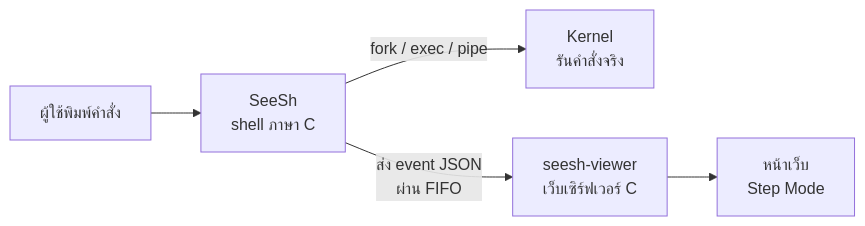
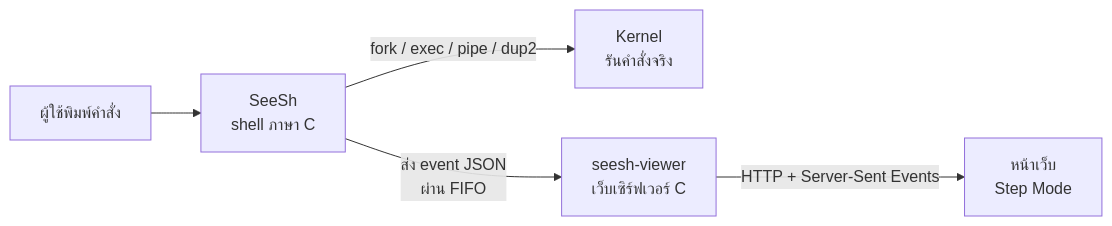
Before and after one commit to Arnat-Aree/seesh: the diagram in docs/plan.md, drawn with Mermaid. The commit also changed other lines of this file and 2 other files, not shown here.

````diff
--- a/docs/plan.md
+++ b/docs/plan.md
@@ -48,7 +50,7 @@
 ```mermaid
 flowchart LR
     U[ผู้ใช้พิมพ์คำสั่ง] --> S[SeeSh<br/>shell ภาษา C]
-    S -->|fork / exec / pipe| K[Kernel<br/>รันคำสั่งจริง]
+    S -->|fork / exec / pipe / dup2| K[Kernel<br/>รันคำสั่งจริง]
     S -->|ส่ง event JSON<br/>ผ่าน FIFO| V[seesh-viewer<br/>เว็บเซิร์ฟเวอร์ C]
-    V --> W[หน้าเว็บ<br/>Step Mode]
+    V -->|HTTP + Server-Sent Events| W[หน้าเว็บ<br/>Step Mode]
 ```
````
